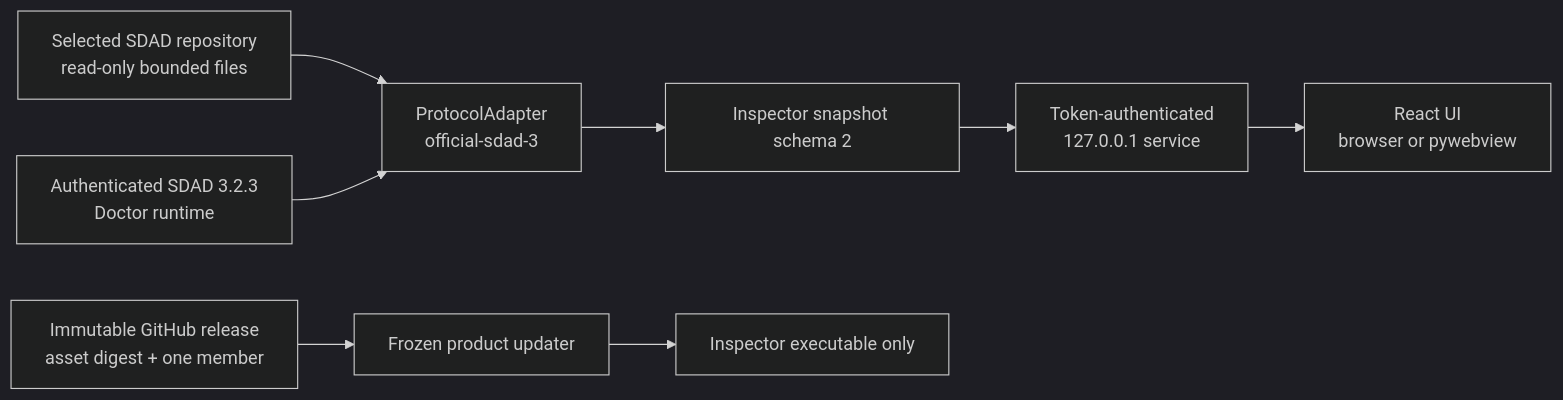
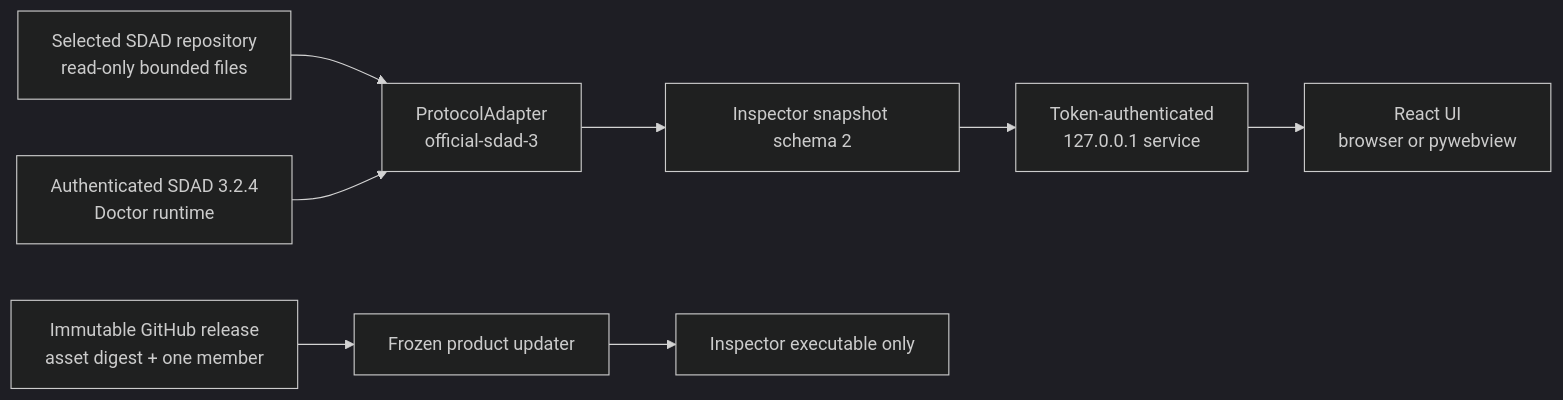
The diagram in README.md (LiveTrack-X/sdad-inspector), drawn with Mermaid (dark theme) before and after one commit. The commit also changed other lines of this file and 51 other files, not shown here.

````diff
--- a/README.md
+++ b/README.md
@@ -351,10 +359,10 @@
 ```mermaid
 flowchart LR
     Repo["Selected SDAD repository\nread-only bounded files"] --> Adapter["ProtocolAdapter\nofficial-sdad-3"]
-    Engine["Authenticated SDAD 3.2.3\nDoctor runtime"] --> Adapter
+    Engine["Authenticated SDAD 3.2.4\nDoctor runtime"] --> Adapter
     Adapter --> Snapshot["Inspector snapshot schema 2"]
     Snapshot --> Service["Token-authenticated\n127.0.0.1 service"]
     Service --> UI["React UI\nbrowser or pywebview"]
     Release["Immutable GitHub release\nasset digest + one member"] --> Updater["Frozen product updater"]
     Updater --> App["Inspector executable only"]
 ```
````
